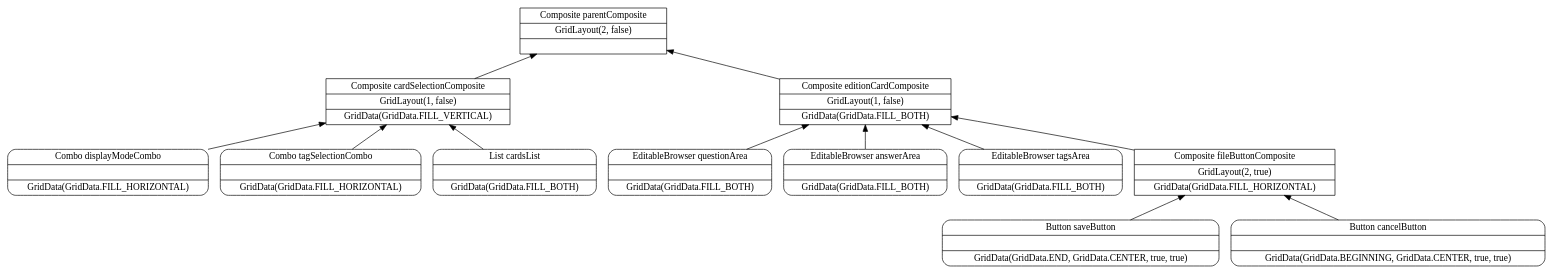
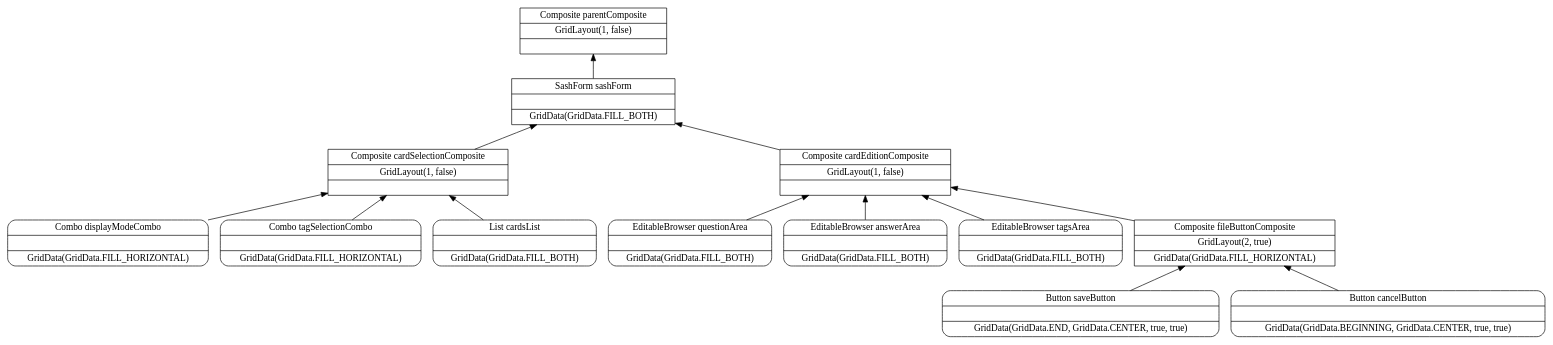
Before and after one commit to jeremiedecock/opencal-java: the diagram in doc/widgets_hierarchy_and_layouts/ExplorerTab.dot, drawn with Graphviz. The commit also changed 1 other file, not shown here.

Commit message:
Add a SashForm into ExplorerTab

```diff
--- a/doc/widgets_hierarchy_and_layouts/ExplorerTab.dot
+++ b/doc/widgets_hierarchy_and_layouts/ExplorerTab.dot
@@ -1,30 +1,32 @@
 digraph ReviewerTab {
     rankdir = BT;
 
     node [shape = record];
 
-    pc [ label = "{Composite parentComposite|GridLayout(2, false)|}" ];
-    cs [ label = "{Composite cardSelectionComposite|GridLayout(1, false)|GridData(GridData.FILL_VERTICAL)}" ];
-    ce [ label = "{Composite editionCardComposite|GridLayout(1, false)|GridData(GridData.FILL_BOTH)}" ];
+    pc [ label = "{Composite parentComposite|GridLayout(1, false)|}" ];
+    sf [ label = "{SashForm sashForm||GridData(GridData.FILL_BOTH)}" ];
+    cs [ label = "{Composite cardSelectionComposite|GridLayout(1, false)|}" ];
+    ce [ label = "{Composite cardEditionComposite|GridLayout(1, false)|}" ];
     cm [ shape = Mrecord, label = "{Combo displayModeCombo||GridData(GridData.FILL_HORIZONTAL)}" ];
     ct [ shape = Mrecord, label = "{Combo tagSelectionCombo||GridData(GridData.FILL_HORIZONTAL)}" ];
     lc [ shape = Mrecord, label = "{List cardsList||GridData(GridData.FILL_BOTH)}" ];
     aq [ shape = Mrecord, label = "{EditableBrowser questionArea||GridData(GridData.FILL_BOTH)}" ];
     aa [ shape = Mrecord, label = "{EditableBrowser answerArea||GridData(GridData.FILL_BOTH)}" ];
     at [ shape = Mrecord, label = "{EditableBrowser tagsArea||GridData(GridData.FILL_BOTH)}" ];
     cf [ label = "{Composite fileButtonComposite|GridLayout(2, true)|GridData(GridData.FILL_HORIZONTAL)}" ];
     bs [ shape = Mrecord, label = "{Button saveButton||GridData(GridData.END, GridData.CENTER, true, true)}" ];
     bc [ shape = Mrecord, label = "{Button cancelButton||GridData(GridData.BEGINNING, GridData.CENTER, true, true)}" ];
 
-    cs -> pc;
-    ce -> pc;
+    sf -> pc;
+    cs -> sf;
+    ce -> sf;
     cm -> cs;
     ct -> cs;
     lc -> cs;
     aq -> ce;
     aa -> ce;
     at -> ce;
     cf -> ce;
     bs -> cf;
     bc -> cf;
 }
```
